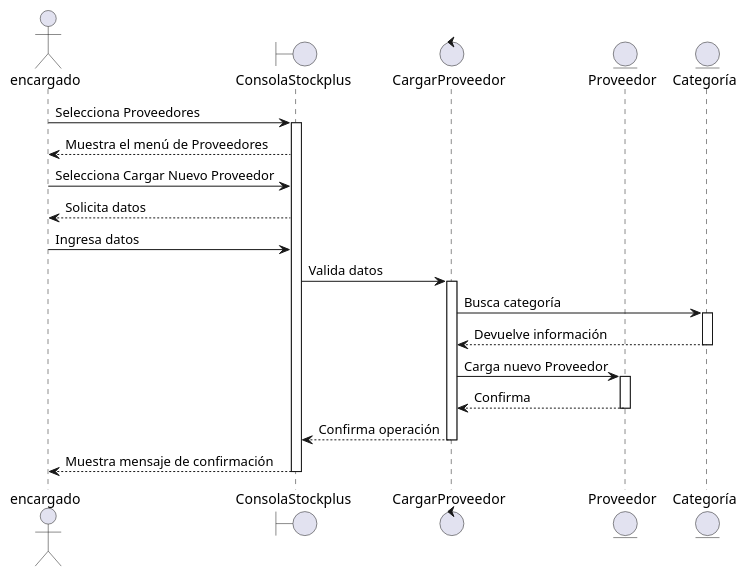
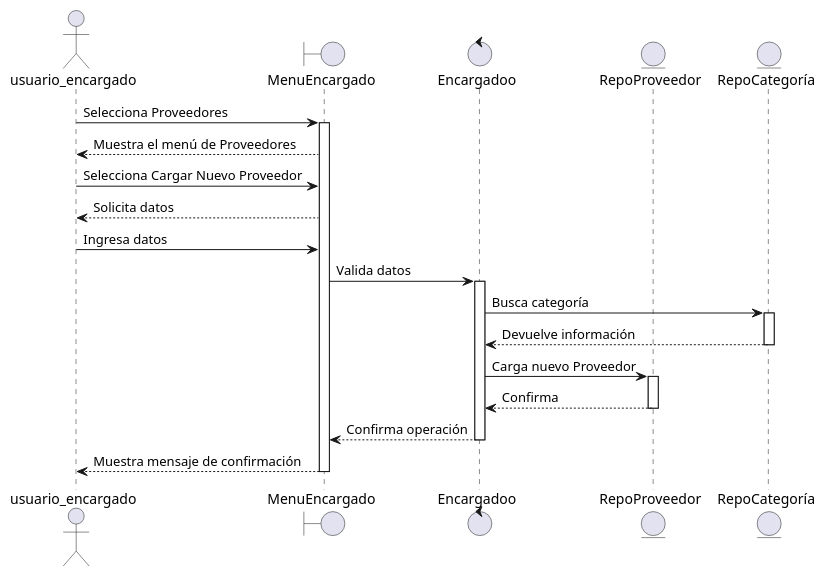
Before and after one commit to Fiordalisi/stockplus: the diagram in src/docs/use_cases/cargar_proveedor.puml, drawn with PlantUML. The commit also changed 7 other files, not shown here.

Commit message:
update diagrams

```diff
--- a/src/docs/use_cases/cargar_proveedor.puml
+++ b/src/docs/use_cases/cargar_proveedor.puml
@@ -1,27 +1,27 @@
 @startuml
-actor encargado
-boundary ConsolaStockplus
-control CargarProveedor
-entity Proveedor
-entity Categoría
-encargado -> ConsolaStockplus: Selecciona Proveedores
-activate ConsolaStockplus
-ConsolaStockplus --> encargado: Muestra el menú de Proveedores
-encargado -> ConsolaStockplus: Selecciona Cargar Nuevo Proveedor
-ConsolaStockplus --> encargado: Solicita datos
-encargado -> ConsolaStockplus: Ingresa datos
-ConsolaStockplus -> CargarProveedor: Valida datos
-activate CargarProveedor
-CargarProveedor -> Categoría: Busca categoría
-activate Categoría
-Categoría --> CargarProveedor: Devuelve información
-deactivate Categoría
-CargarProveedor -> Proveedor: Carga nuevo Proveedor
-activate Proveedor
-Proveedor --> CargarProveedor: Confirma
-deactivate Proveedor
-CargarProveedor --> ConsolaStockplus: Confirma operación
-deactivate CargarProveedor
-ConsolaStockplus --> encargado: Muestra mensaje de confirmación
-deactivate ConsolaStockplus
+actor usuario_encargado
+boundary MenuEncargado
+control Encargadoo
+entity RepoProveedor
+entity RepoCategoría
+usuario_encargado -> MenuEncargado: Selecciona Proveedores
+activate MenuEncargado
+MenuEncargado --> usuario_encargado: Muestra el menú de Proveedores
+usuario_encargado -> MenuEncargado: Selecciona Cargar Nuevo Proveedor
+MenuEncargado --> usuario_encargado: Solicita datos
+usuario_encargado -> MenuEncargado: Ingresa datos
+MenuEncargado -> Encargadoo: Valida datos
+activate Encargadoo
+Encargadoo -> RepoCategoría: Busca categoría
+activate RepoCategoría
+RepoCategoría --> Encargadoo: Devuelve información
+deactivate RepoCategoría
+Encargadoo -> RepoProveedor: Carga nuevo Proveedor
+activate RepoProveedor
+RepoProveedor --> Encargadoo: Confirma
+deactivate RepoProveedor
+Encargadoo --> MenuEncargado: Confirma operación
+deactivate Encargadoo
+MenuEncargado --> usuario_encargado: Muestra mensaje de confirmación
+deactivate MenuEncargado
 @enduml
```
